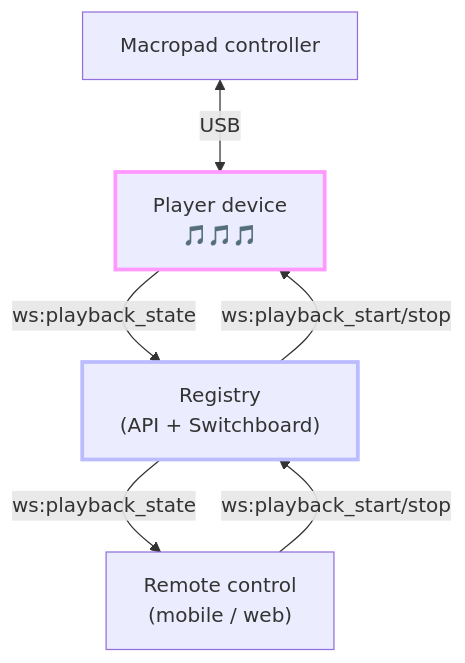
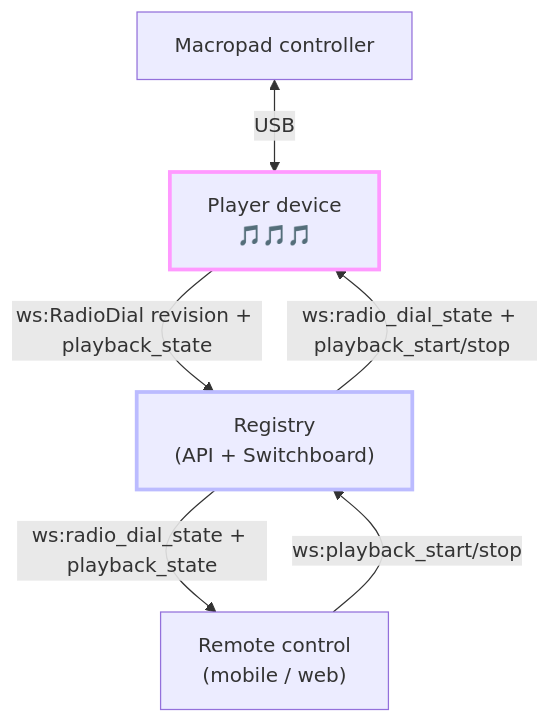
The first of 2 diagrams in README.md (briceburg/radio-pad), drawn with Mermaid before and after one commit. The commit also changed 34 other files, not shown here.

````diff
--- a/README.md
+++ b/README.md
@@ -119,16 +119,16 @@
 ```mermaid
 flowchart TD
     Macropad["Macropad controller"]
     Player["Player device<br/>🎵🎵🎵"]
     Registry["Registry<br/>(API + Switchboard)"]
     Remote["Remote control<br/>(mobile / web)"]
 
     Macropad <-- USB --> Player
-    Player -- ws:playback_state --> Registry
-    Registry -- ws:playback_start/stop --> Player
-    Registry -- ws:playback_state --> Remote
+    Player -- "ws:RadioDial revision + playback_state" --> Registry
+    Registry -- "ws:radio_dial_state + playback_start/stop" --> Player
+    Registry -- "ws:radio_dial_state + playback_state" --> Remote
     Remote -- ws:playback_start/stop --> Registry
 
     style Player stroke:#f9f,stroke-width:3px
     style Registry stroke:#bbf,stroke-width:3px
 ```
````
